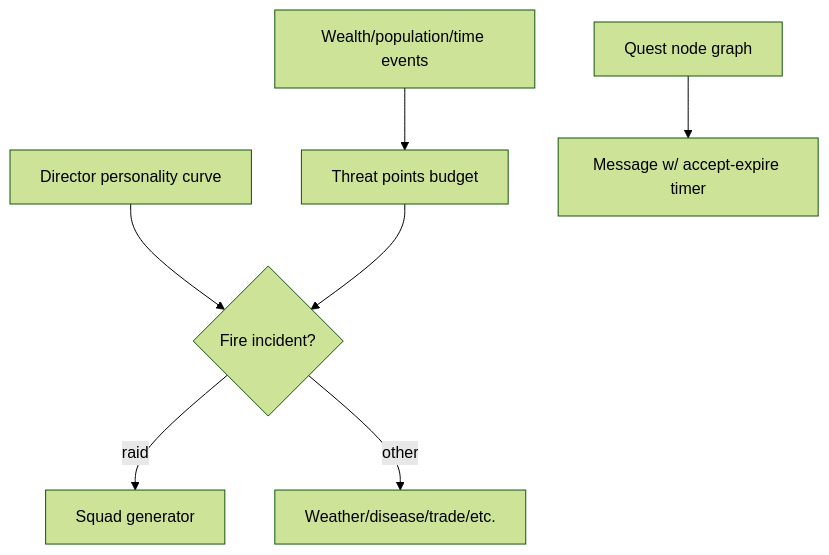
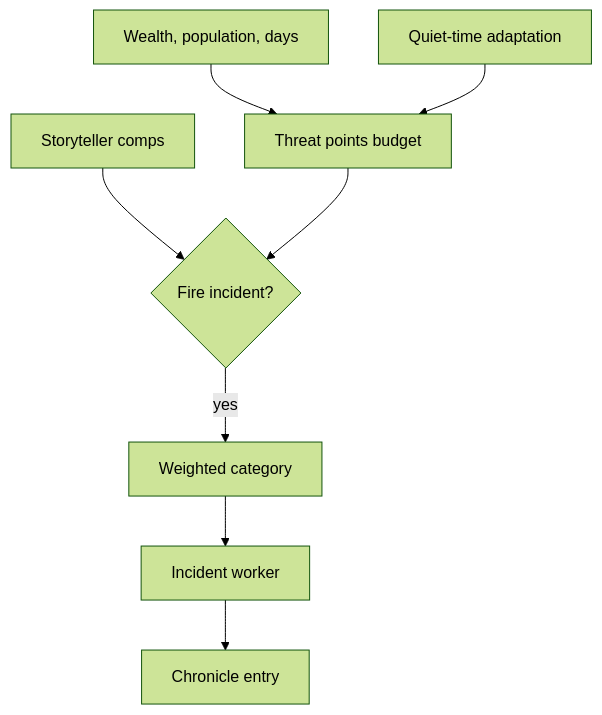
The seventh of 8 diagrams in docs/spec/simworld-spec.md (m2windham/simWorld), drawn with Mermaid (forest theme) before and after one commit. The commit also changed other lines of this file and 2 other files, not shown here.

````diff
--- a/docs/spec/simworld-spec.md
+++ b/docs/spec/simworld-spec.md
@@ -245,9 +295,10 @@
 ```mermaid
 flowchart TD
-  StateEvents[Wealth/population/time events] --> Budget[Threat points budget]
-  Personality[Director personality curve] --> Check{Fire incident?}
-  Budget --> Check
-  Check -->|raid| Squad[Squad generator]
-  Check -->|other| Incident[Weather/disease/trade/etc.]
-  QuestScript[Quest node graph] --> Delivery[Message w/ accept-expire timer]
+  State[Wealth, population, days] --> Points[Threat points budget]
+  Adapt[Quiet-time adaptation] --> Points
+  Persona[Storyteller comps] --> Check{Fire incident?}
+  Points --> Check
+  Check -->|yes| Category[Weighted category]
+  Category --> Worker[Incident worker]
+  Worker --> Chronicle[Chronicle entry]
 ```
````
